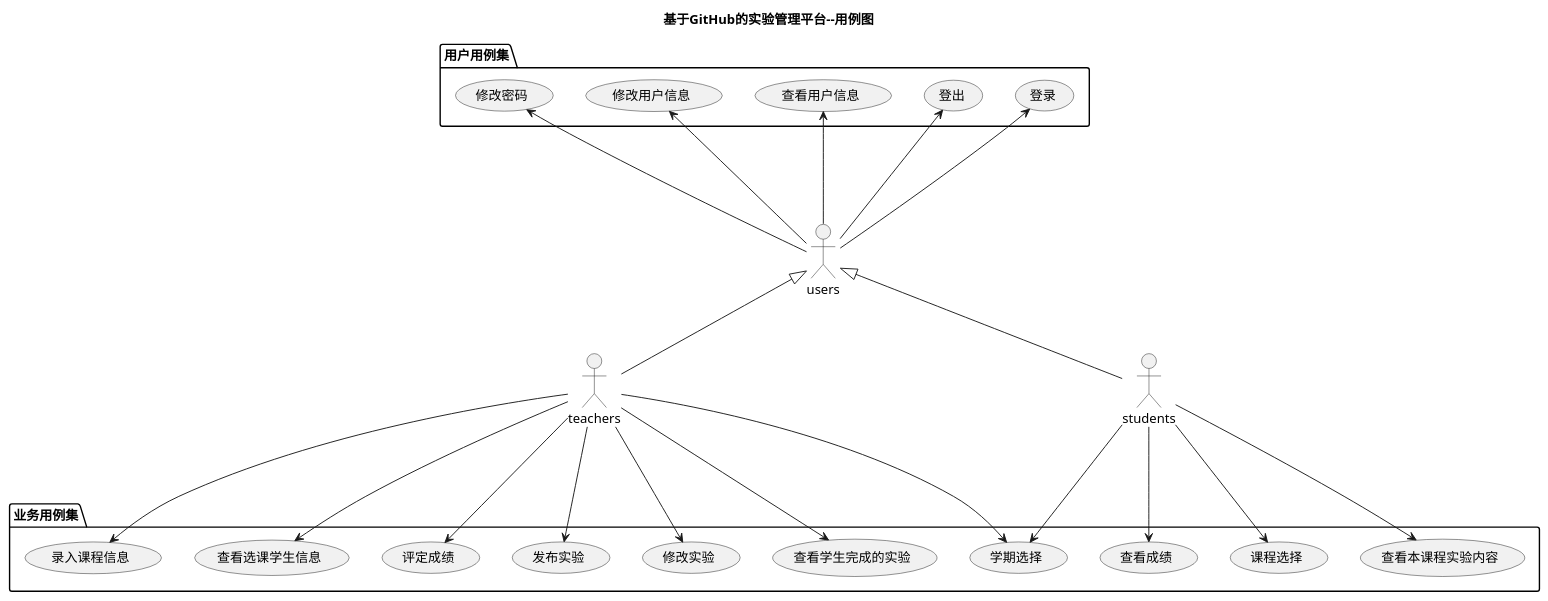
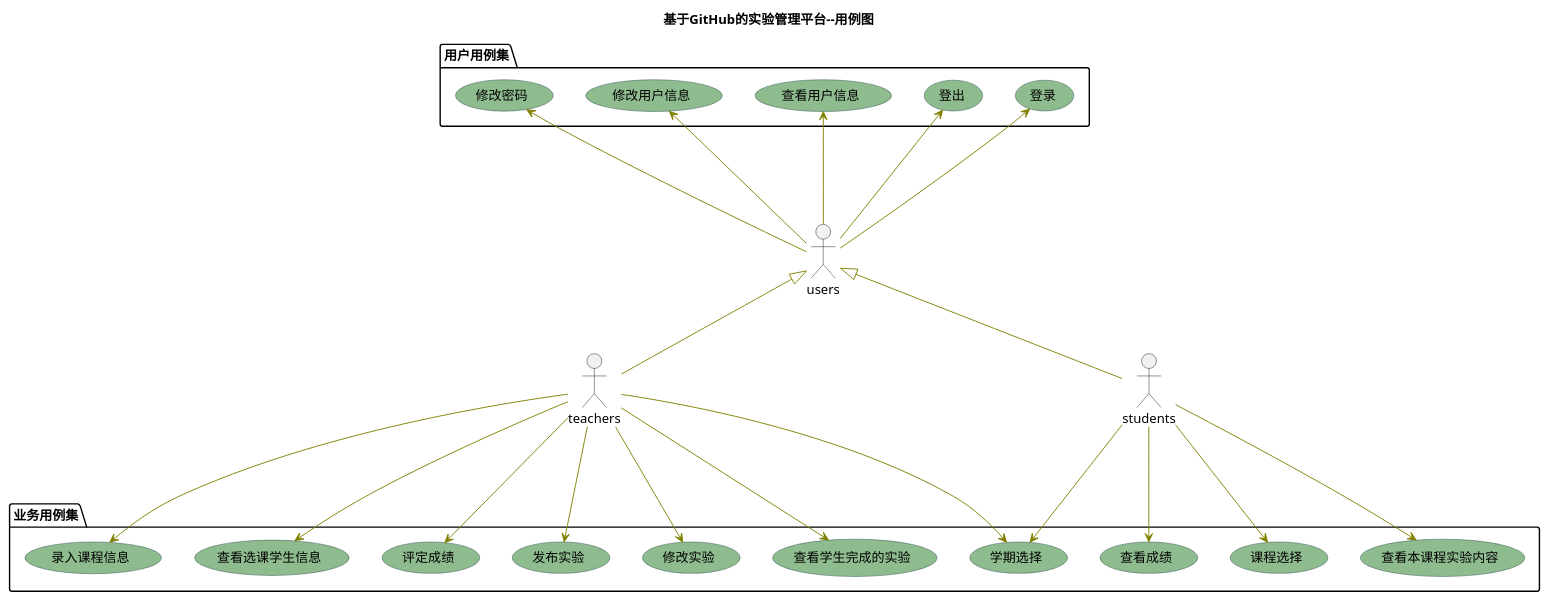
One commit to zhangji123456/is_analysis changed the diagram in test6/src/usecase.puml. Above: the diagram before and after it, drawn with PlantUML.

```diff
--- a/test6/src/usecase.puml
+++ b/test6/src/usecase.puml
@@ -5,31 +5,41 @@
 @startuml
+skinparam usecase {
+	BackgroundColor DarkSeaGreen
+	BorderColor DarkSlateGray
+	BackgroundColor<< Main >> YellowGreen
+	BorderColor<< Main >> YellowGreen
+	ArrowColor Olive
+	ActorBorderColor black
+	ActorFontName Courier
+	ActorBackgroundColor<< Human >> Gold
+}
 title 基于GitHub的实验管理平台--用例图
 actor teachers
 actor students
 actor users
 users <|-- teachers
 users <|-- students
 
 package 用户用例集 {
 users --up-> (登录)
 users --up-> (登出)
 users --up-> (查看用户信息)
 users --up-> (修改用户信息)
 users --up-> (修改密码)
 }
 package 业务用例集 {
 teachers ---> (评定成绩)
 teachers ---> (发布实验)
 teachers ---> (修改实验)
 teachers ---> (查看学生完成的实验)
 teachers ---> (学期选择)
 teachers ---> (录入课程信息)
 teachers ---> (查看选课学生信息)
 
 students ---> (学期选择)
 students ---> (课程选择)
 students ---> (查看本课程实验内容)
 students ---> (查看成绩)
 }
 
 @enduml
```
